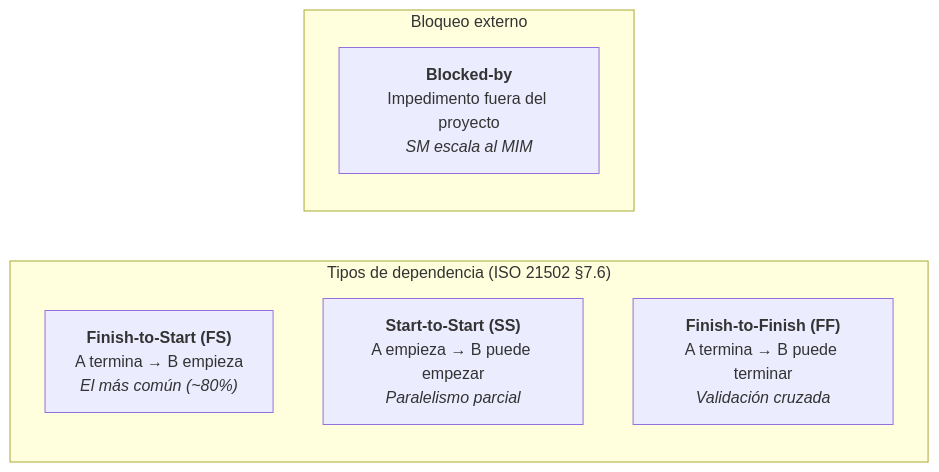
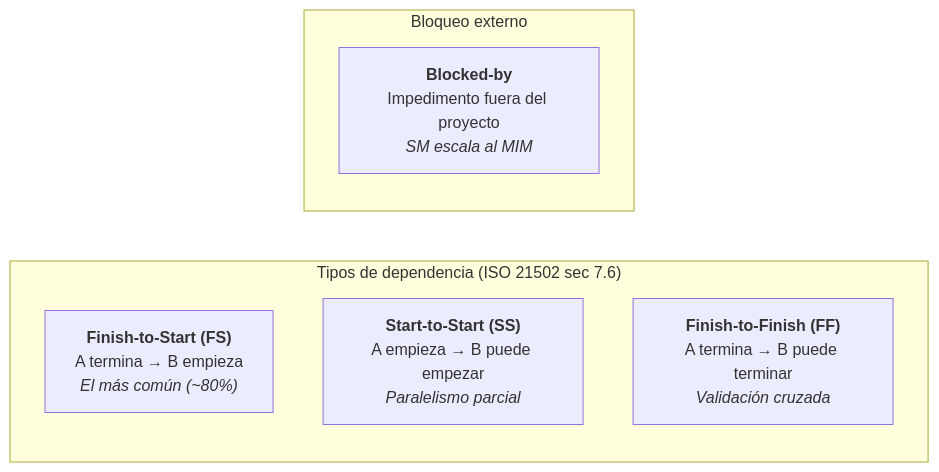
Before and after one commit to virgenherrera/idea-to-mvp: the third of 19 diagrams in docs/artifact-model.md, drawn with Mermaid. The commit also changed other lines of this file and 6 other files, not shown here.

````diff
--- a/docs/artifact-model.md
+++ b/docs/artifact-model.md
@@ -554,12 +555,12 @@
 ```mermaid
 flowchart LR
-    subgraph DEPS["Tipos de dependencia (ISO 21502 §7.6)"]
+    subgraph DEPS["Tipos de dependencia (ISO 21502 sec 7.6)"]
         FS["<b>Finish-to-Start (FS)</b>\nA termina → B empieza\n<i>El más común (~80%)</i>"]
         SS["<b>Start-to-Start (SS)</b>\nA empieza → B puede empezar\n<i>Paralelismo parcial</i>"]
         FF["<b>Finish-to-Finish (FF)</b>\nA termina → B puede terminar\n<i>Validación cruzada</i>"]
     end
 
     subgraph BLOCK["Bloqueo externo"]
         BLK["<b>Blocked-by</b>\nImpedimento fuera del proyecto\n<i>SM escala al MIM</i>"]
     end
 ```
````
